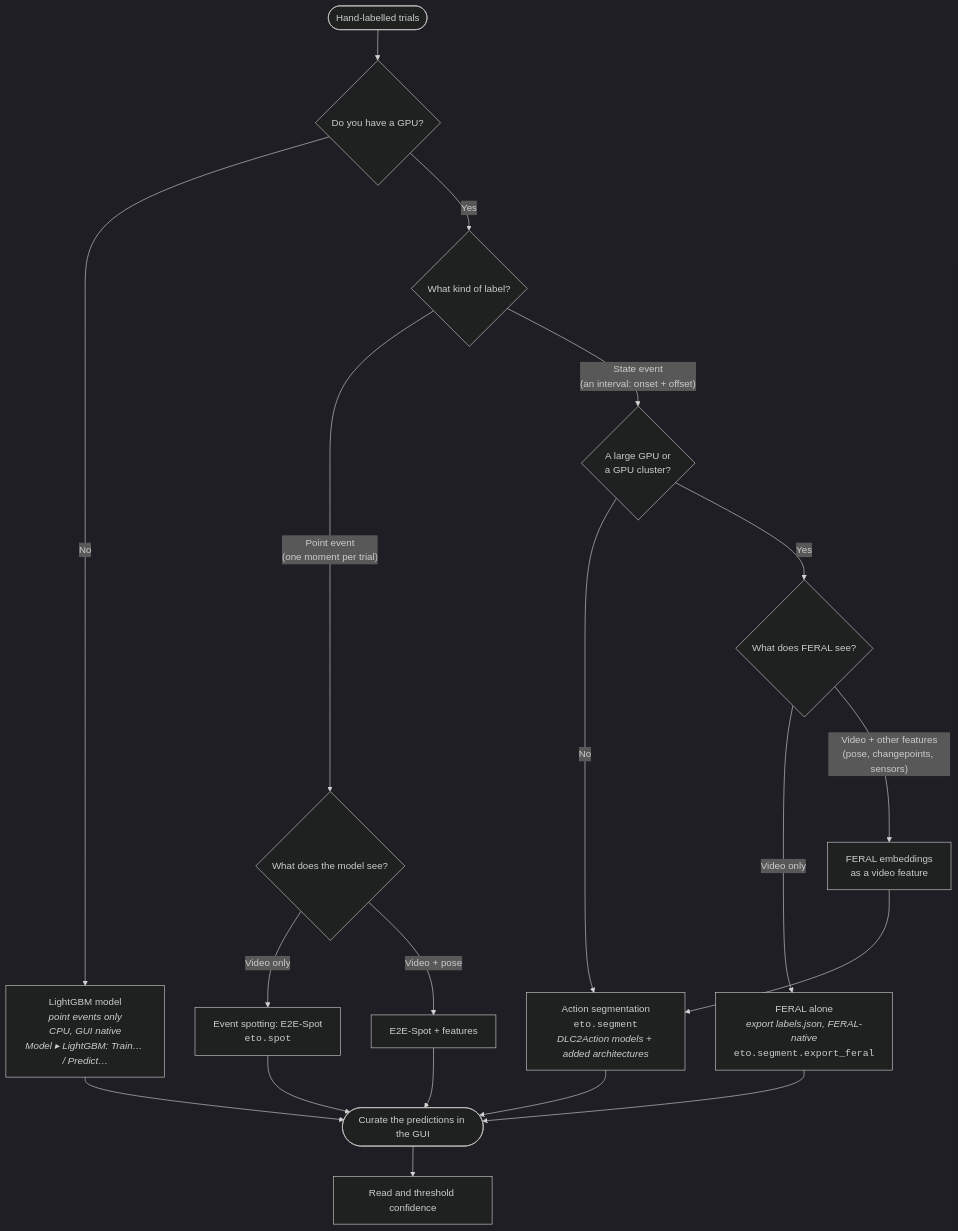
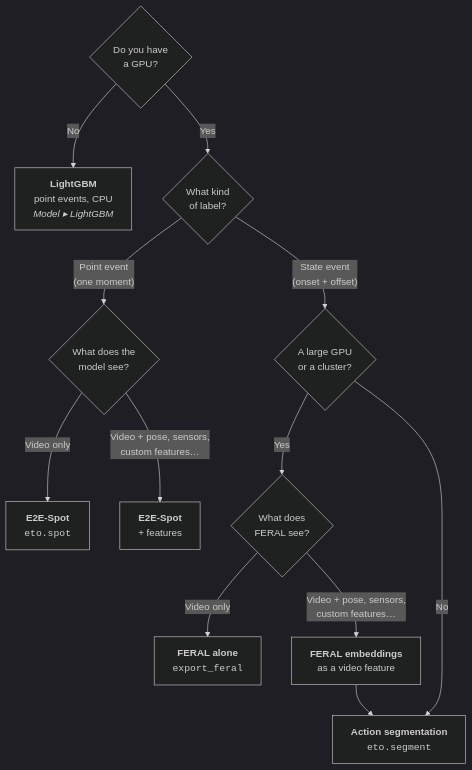
One commit to Akseli-Ilmanen/ethograph changed the diagram in docs/source/models/index.md. Above: the diagram before and after it, drawn with Mermaid (dark theme). The commit also changed other lines of this file and 4 other files, not shown here.

````diff
--- a/docs/source/models/index.md
+++ b/docs/source/models/index.md
@@ -8,35 +12,25 @@
 ```{mermaid}
 flowchart TD
-    start([Hand-labelled trials]) --> gpu{Do you have a GPU?}
+    gpu{Do you have<br/>a GPU?}
+    gpu -->|No| lgbm[<b>LightGBM</b><br/>point events, CPU<br/><i>Model ▸ LightGBM</i>]
+    gpu -->|Yes| shape{What kind<br/>of label?}
 
-    gpu -->|No| lgbm[LightGBM model<br/><i>point events only</i><br/><i>CPU, GUI native</i><br/><i>Model ▸ LightGBM: Train… / Predict…</i>]
-    gpu -->|Yes| shape{What kind of label?}
+    shape -->|"Point event<br/>(one moment)"| input{What does the<br/>model see?}
+    shape -->|"State event<br/>(onset + offset)"| big{A large GPU<br/>or a cluster?}
 
-    shape -->|"Point event<br/>(one moment per trial)"| input{What does the model see?}
-    shape -->|"State event<br/>(an interval: onset + offset)"| big{A large GPU or<br/>a GPU cluster?}
+    input -->|Video only| spot[<b>E2E-Spot</b><br/><code>eto.spot</code>]
+    input -->|"Video + pose, sensors,<br/>custom features…"| spotfeat[<b>E2E-Spot</b><br/>+ features]
 
-    input -->|Video only| spot[Event spotting: E2E-Spot<br/><code>eto.spot</code>]
-    input -->|Video + pose| spotfeat[E2E-Spot + features]
-
-    big -->|No| segment[Action segmentation<br/><code>eto.segment</code><br/><i>DLC2Action models + added architectures</i>]
-    big -->|Yes| sees{What does FERAL see?}
-    sees -->|Video only| feral[FERAL alone<br/><i>export labels.json, FERAL-native</i><br/><code>eto.segment.export_feral</code>]
-    sees -->|"Video + other features<br/>(pose, changepoints, sensors)"| feralseg[FERAL embeddings<br/>as a video feature]
+    big -->|Yes| sees{What does<br/>FERAL see?}
+    sees -->|Video only| feral[<b>FERAL alone</b><br/><code>export_feral</code>]
+    sees -->|"Video + pose, sensors,<br/>custom features…"| feralseg[<b>FERAL embeddings</b><br/>as a video feature]
+    big -->|No| segment[<b>Action segmentation</b><br/><code>eto.segment</code>]
     feralseg --> segment
-
-    segment --> curate
-    lgbm --> curate
-    spot --> curate
-    spotfeat --> curate
-    feral --> curate
-    curate([Curate the predictions in the GUI]) --> conf[Read and threshold confidence]
 
     click segment "segment/index.html"
     click lgbm "onset_model.html"
     click spot "spot/index.html"
     click spotfeat "spot/multimodal.html"
     click feral "segment/feral.html"
     click feralseg "segment/feral.html"
-    click curate "curation.html"
-    click conf "confidence.html"
 ```
````
